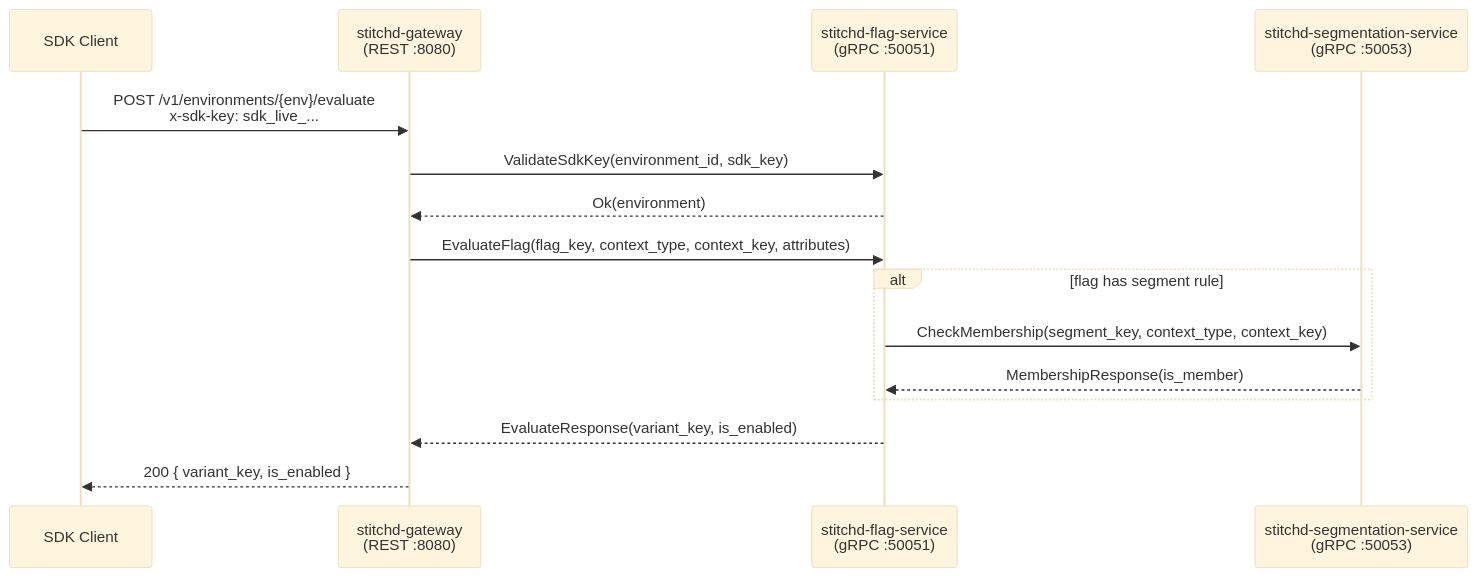
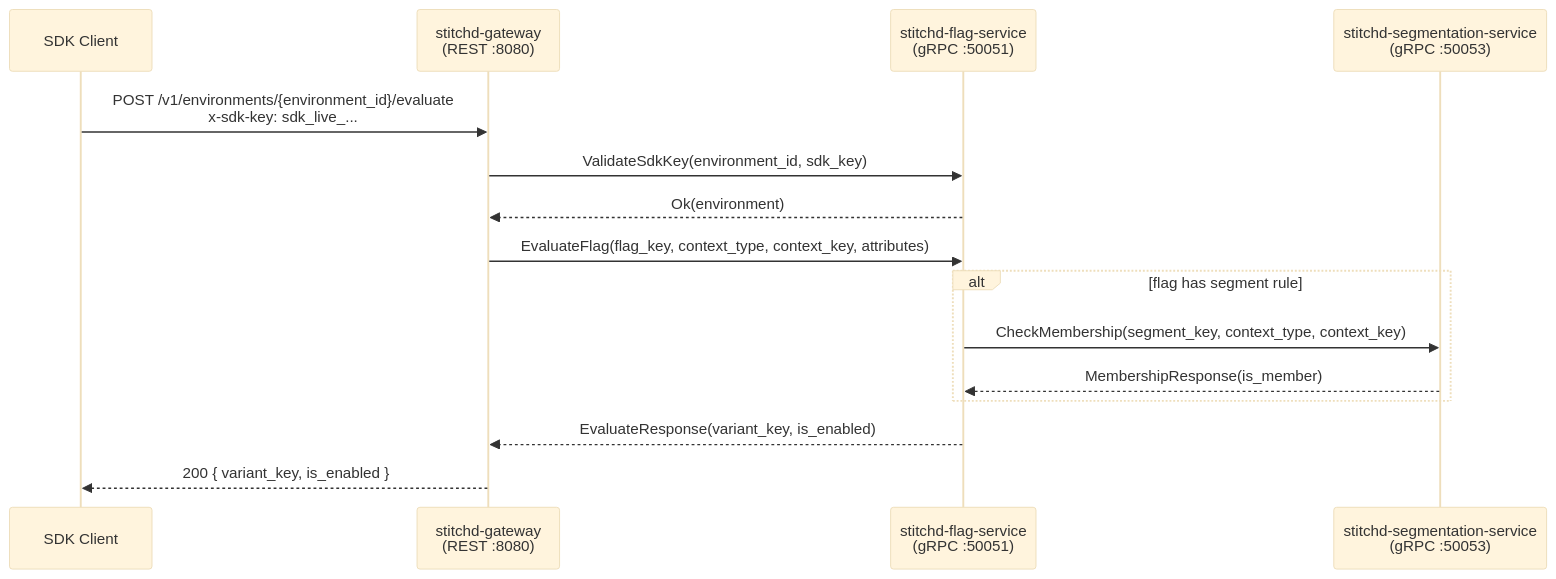
The first of 4 diagrams in docs/src/architecture/service-flows.md (stitchd-dev/feature-flag), drawn with Mermaid (base theme) before and after one commit. The commit also changed other lines of this file and 11 other files, not shown here.

````diff
--- a/docs/src/architecture/service-flows.md
+++ b/docs/src/architecture/service-flows.md
@@ -9,21 +9,21 @@
 ```mermaid
 sequenceDiagram
     participant SDK as SDK Client
     participant GW as stitchd-gateway<br/>(REST :8080)
     participant FS as stitchd-flag-service<br/>(gRPC :50051)
     participant SS as stitchd-segmentation-service<br/>(gRPC :50053)
 
-    SDK->>GW: POST /v1/environments/{env}/evaluate<br/>x-sdk-key: sdk_live_...
+    SDK->>GW: POST /v1/environments/{environment_id}/evaluate<br/>x-sdk-key: sdk_live_...
     GW->>FS: ValidateSdkKey(environment_id, sdk_key)
     FS-->>GW: Ok(environment)
 
     GW->>FS: EvaluateFlag(flag_key, context_type, context_key, attributes)
 
     alt flag has segment rule
         FS->>SS: CheckMembership(segment_key, context_type, context_key)
         SS-->>FS: MembershipResponse(is_member)
     end
 
     FS-->>GW: EvaluateResponse(variant_key, is_enabled)
     GW-->>SDK: 200 { variant_key, is_enabled }
 ```
````
